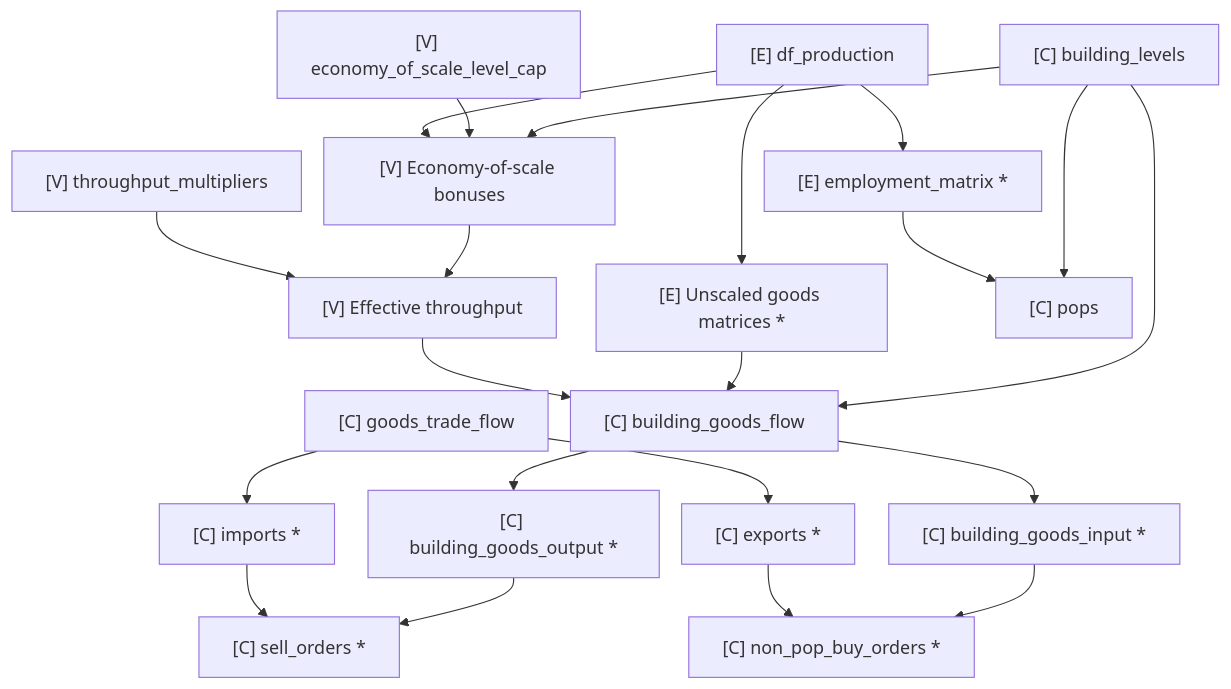
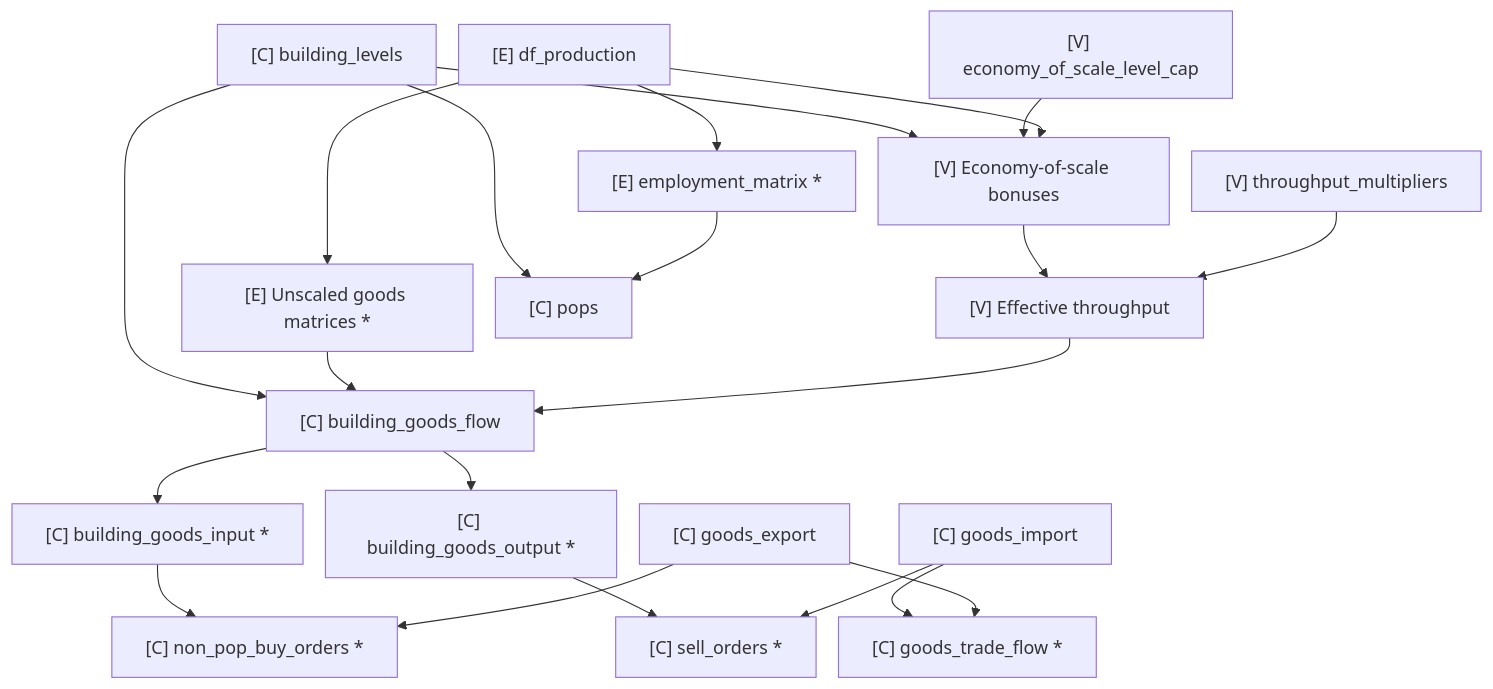
The first of 4 diagrams in docs/design/economy-dependencies.md (ShabbyGayBar/victoria3-analysis), drawn with Mermaid before and after one commit. The commit also changed 23 other files, not shown here.

Commit message:
refactor: reintroduce import and export to replace pop needs

````diff
--- a/docs/design/economy-dependencies.md
+++ b/docs/design/economy-dependencies.md
@@ -49,53 +49,53 @@
 ```mermaid
 ---
 config:
   flowchart:
     useMaxWidth: false
     nodeSpacing: 20
     rankSpacing: 35
   themeCSS: |
     .node.model rect { fill: var(--vic3-owner-economy) !important; }
     .node.context rect { fill: var(--vic3-owner-context) !important; }
     .node.variable rect { fill: var(--vic3-owner-variable) !important; }
     .node rect { stroke: var(--vic3-owner-border) !important; }
     .nodeLabel { color: var(--vic3-owner-text) !important; }
     .flowchart-link { stroke: var(--vic3-owner-edge) !important; }
     marker path { fill: var(--vic3-owner-edge) !important; stroke: var(--vic3-owner-edge) !important; }
     .edgeLabel, .edgeLabel p { color: var(--vic3-owner-text) !important; background: var(--md-default-bg-color) !important; }
 ---
 flowchart TD
     DP["[E] df_production"]:::model
     PC["[E] Unscaled goods matrices *"]:::model
     EM["[E] employment_matrix *"]:::model
     DP --> PC
     DP --> EM
 
     L["[C] building_levels"]:::context
     CAP["[V] economy_of_scale_level_cap"]:::variable
     TM["[V] throughput_multipliers"]:::variable
 
     L --> EOS["[V] Economy-of-scale bonuses"]:::variable
     CAP --> EOS
     DP --> EOS
     EOS --> T["[V] Effective throughput"]:::variable
     TM --> T
 
     L --> F["[C] building_goods_flow"]:::context
     PC --> F
     T --> F
 
     F --> GI["[C] building_goods_input *"]:::context
     F --> GO["[C] building_goods_output *"]:::context
 
     GO --> SELL["[C] sell_orders *"]:::context
-    TF["[C] goods_trade_flow"]:::context --> IM["[C] imports *"]:::context
+    IM["[C] goods_import"]:::context --> TF["[C] goods_trade_flow *"]:::context
     IM --> SELL
 
     GI --> NP["[C] non_pop_buy_orders *"]:::context
-    TF --> EX["[C] exports *"]:::context
+    EX["[C] goods_export"]:::context --> TF
     EX --> NP
 
     L --> N["[C] pops"]:::context
     EM --> N
 
 ```
````
